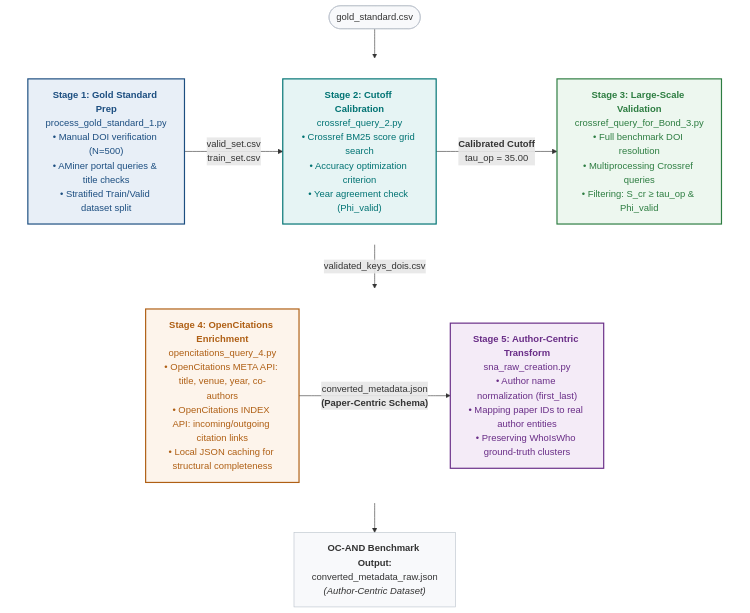
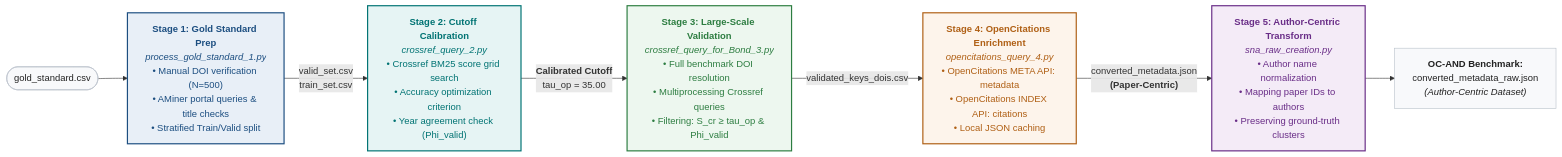
One commit to fra533/Bridge4AND changed the diagram in README.md. Above: the diagram before and after it, drawn with Mermaid.

````diff
--- a/README.md
+++ b/README.md
@@ -6,39 +6,36 @@
 ```mermaid
-flowchart TD
-    %% Class definitions
+flowchart LR
+    %% Palette colori coerente con TikZ
     classDef s1 fill:#e8eff7,stroke:#1c4e80,stroke-width:2px,color:#1c4e80;
     classDef s2 fill:#e6f4f4,stroke:#007373,stroke-width:2px,color:#007373;
     classDef s3 fill:#edf7ef,stroke:#2d7d41,stroke-width:2px,color:#2d7d41;
     classDef s4 fill:#fdf4eb,stroke:#af5f14,stroke-width:2px,color:#af5f14;
     classDef s5 fill:#f4ebf7,stroke:#692d87,stroke-width:2px,color:#692d87;
-    classDef fileNode fill:#f8f9fb,stroke:#b9c0ca,stroke-width:1px,color:#333;
+    classDef fileNode fill:#f8f9fb,stroke:#b9c0ca,stroke-width:1px,color:#222;
 
+    %% Input iniziale
     IN(["gold_standard.csv"]):::fileNode --> S1
 
-    subgraph Row1 [ ]
-        direction LR
-        S1["<b>Stage 1: Gold Standard Prep</b><br/>process_gold_standard_1.py<br/>• Manual DOI verification (N=500)<br/>• AMiner portal queries &amp; title checks<br/>• Stratified Train/Valid dataset split"]:::s1
-        
-        S2["<b>Stage 2: Cutoff Calibration</b><br/>crossref_query_2.py<br/>• Crossref BM25 score grid search<br/>• Accuracy optimization criterion<br/>• Year agreement check (Phi_valid)"]:::s2
-        
-        S3["<b>Stage 3: Large-Scale Validation</b><br/>crossref_query_for_Bond_3.py<br/>• Full benchmark DOI resolution<br/>• Multiprocessing Crossref queries<br/>• Filtering: S_cr ≥ tau_op &amp; Phi_valid"]:::s3
+    %% Riga Superiore: Stage 1 -> Stage 2 -> Stage 3
+    S1["<b>Stage 1: Gold Standard Prep</b><br/><i>process_gold_standard_1.py</i><br/>• Manual DOI verification (N=500)<br/>• AMiner portal queries &amp; title checks<br/>• Stratified Train/Valid split"]:::s1
 
-        S1 -->|"valid_set.csv<br/>train_set.csv"| S2
-        S2 -->|"<b>Calibrated Cutoff</b><br/>tau_op = 35.00"| S3
-    end
+    S2["<b>Stage 2: Cutoff Calibration</b><br/><i>crossref_query_2.py</i><br/>• Crossref BM25 score grid search<br/>• Accuracy optimization criterion<br/>• Year agreement check (Phi_valid)"]:::s2
 
-    subgraph Row2 [ ]
-        direction LR
-        S4["<b>Stage 4: OpenCitations Enrichment</b><br/>opencitations_query_4.py<br/>• OpenCitations META API: title, venue, year, co-authors<br/>• OpenCitations INDEX API: incoming/outgoing citation links<br/>• Local JSON caching for structural completeness"]:::s4
-        
-        S5["<b>Stage 5: Author-Centric Transform</b><br/>sna_raw_creation.py<br/>• Author name normalization (first_last)<br/>• Mapping paper IDs to real author entities<br/>• Preserving WhoIsWho ground-truth clusters"]:::s5
+    S3["<b>Stage 3: Large-Scale Validation</b><br/><i>crossref_query_for_Bond_3.py</i><br/>• Full benchmark DOI resolution<br/>• Multiprocessing Crossref queries<br/>• Filtering: S_cr ≥ tau_op &amp; Phi_valid"]:::s3
 
-        S4 -->|"converted_metadata.json<br/><b>(Paper-Centric Schema)</b>"| S5
-    end
+    S1 -->|"valid_set.csv<br/>train_set.csv"| S2
+    S2 -->|"<b>Calibrated Cutoff</b><br/>tau_op = 35.00"| S3
 
+    %% Discesa da Riga 1 a Riga 2
     S3 -->|"validated_keys_dois.csv"| S4
-    S5 --> OUT["<b>OC-AND Benchmark Output:</b><br/>converted_metadata_raw.json<br/><i>(Author-Centric Dataset)</i>"]:::fileNode
 
-    style Row1 fill:none,stroke:none
-    style Row2 fill:none,stroke:none
+    %% Riga Inferiore: Stage 4 -> Stage 5 -> Output
+    S4["<b>Stage 4: OpenCitations Enrichment</b><br/><i>opencitations_query_4.py</i><br/>• OpenCitations META API: metadata<br/>• OpenCitations INDEX API: citations<br/>• Local JSON caching"]:::s4
+
+    S5["<b>Stage 5: Author-Centric Transform</b><br/><i>sna_raw_creation.py</i><br/>• Author name normalization<br/>• Mapping paper IDs to authors<br/>• Preserving ground-truth clusters"]:::s5
+
+    OUT["<b>OC-AND Benchmark:</b><br/>converted_metadata_raw.json<br/><i>(Author-Centric Dataset)</i>"]:::fileNode
+
+    S4 -->|"converted_metadata.json<br/><b>(Paper-Centric)</b>"| S5
+    S5 --> OUT
 ```
````
